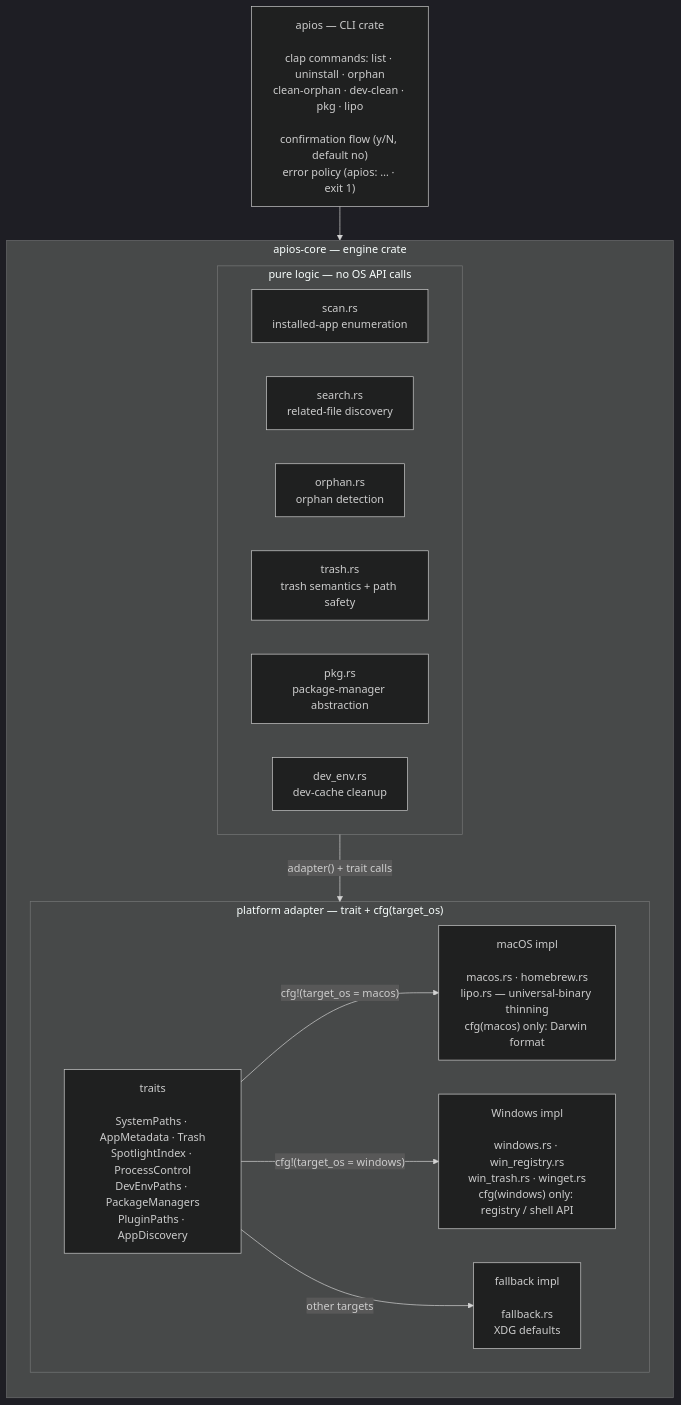
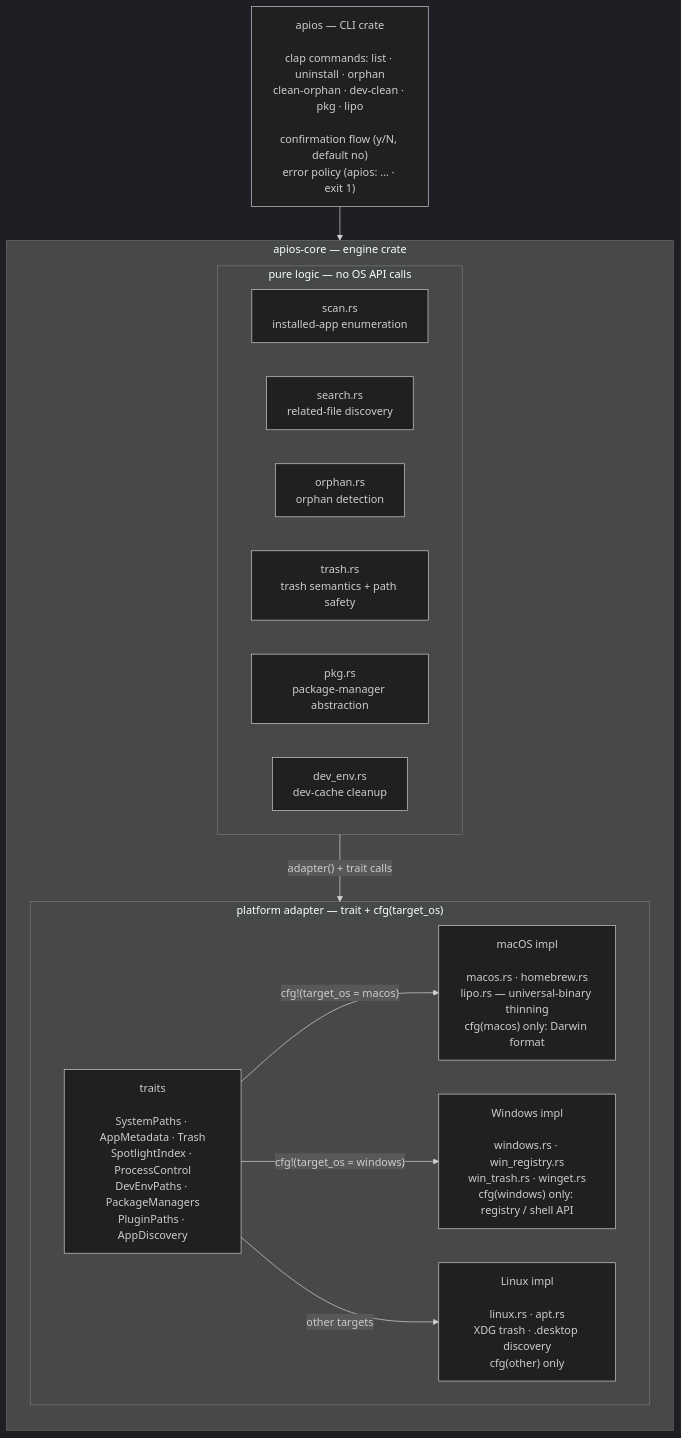
The diagram in docs/ARCHITECTURE.md (zixij644-elaborate/ApiosCleaner), drawn with Mermaid (dark theme) before and after one commit. The commit also changed other lines of this file and 2 other files, not shown here.

First line of the commit message:
docs: sync help, README, CHANGELOG and ARCHITECTURE with --except

````diff
--- a/docs/ARCHITECTURE.md
+++ b/docs/ARCHITECTURE.md
@@ -11,32 +11,32 @@
 ```mermaid
 flowchart TB
     CLI["apios — CLI crate<br/><br/>clap commands: list · uninstall · orphan<br/>clean-orphan · dev-clean · pkg · lipo<br/><br/>confirmation flow (y/N, default no)<br/>error policy (apios: … · exit 1)"]
 
     subgraph CORE["apios-core — engine crate"]
         direction TB
 
         subgraph LOGIC["pure logic — no OS API calls"]
             direction LR
             SCAN["scan.rs<br/>installed-app enumeration"]
             SEARCH["search.rs<br/>related-file discovery"]
             ORPHAN["orphan.rs<br/>orphan detection"]
             TRASH["trash.rs<br/>trash semantics + path safety"]
             PKG["pkg.rs<br/>package-manager abstraction"]
             DEVENV["dev_env.rs<br/>dev-cache cleanup"]
         end
 
         subgraph ADAPTER["platform adapter — trait + cfg(target_os)"]
             direction LR
             TRAITS["traits<br/><br/>SystemPaths · AppMetadata · Trash<br/>SpotlightIndex · ProcessControl<br/>DevEnvPaths · PackageManagers<br/>PluginPaths · AppDiscovery"]
             MAC["macOS impl<br/><br/>macos.rs · homebrew.rs<br/>lipo.rs — universal-binary thinning<br/>cfg(macos) only: Darwin format"]
             WIN["Windows impl<br/><br/>windows.rs · win_registry.rs<br/>win_trash.rs · winget.rs<br/>cfg(windows) only: registry / shell API"]
-            FB["fallback impl<br/><br/>fallback.rs<br/>XDG defaults"]
+            LINUX["Linux impl<br/><br/>linux.rs · apt.rs<br/>XDG trash · .desktop discovery<br/>cfg(other) only"]
         end
     end
 
     CLI --> CORE
     LOGIC -->|"adapter() + trait calls"| TRAITS
     TRAITS -->|"cfg!(target_os = macos)"| MAC
     TRAITS -->|"cfg!(target_os = windows)"| WIN
-    TRAITS -->|"other targets"| FB
+    TRAITS -->|"other targets"| LINUX
 ```
````
